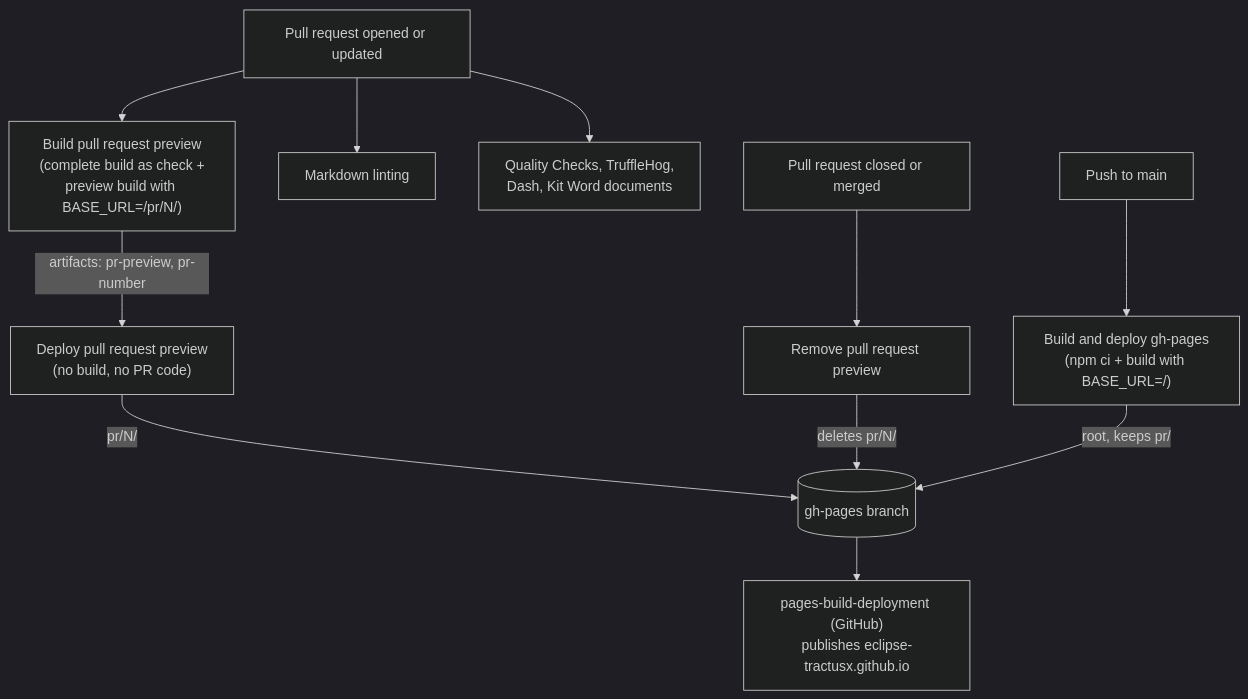
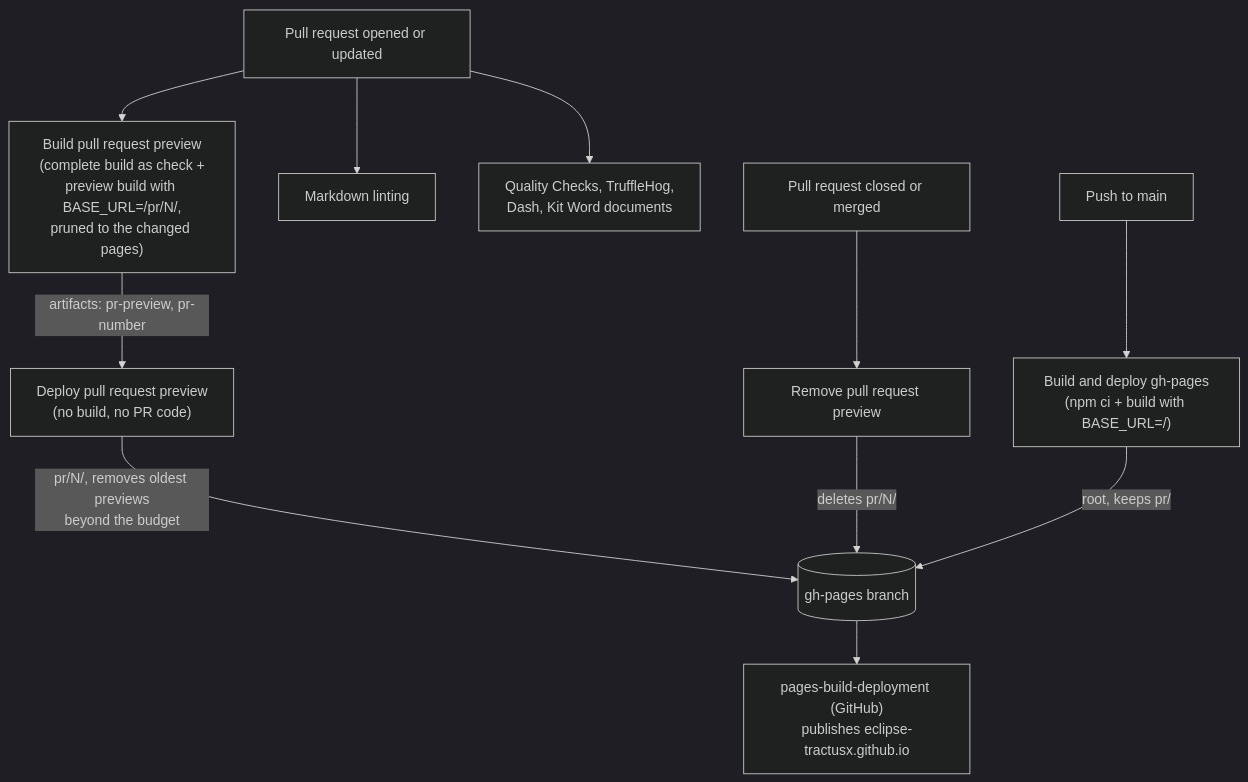
The diagram in .github/workflows/README.md (eclipse-tractusx/eclipse-tractusx.github.io), drawn with Mermaid (dark theme) before and after one commit. The commit also changed other lines of this file and 7 other files, not shown here.

First line of the commit message:
ci: publish only the changed pages in pull request previews

````diff
--- a/.github/workflows/README.md
+++ b/.github/workflows/README.md
@@ -27,13 +27,13 @@
 ```mermaid
 flowchart TD
-    PR["Pull request opened or updated"] --> BUILD["Build pull request preview<br/>(complete build as check +<br/>preview build with BASE_URL=/pr/N/)"]
+    PR["Pull request opened or updated"] --> BUILD["Build pull request preview<br/>(complete build as check +<br/>preview build with BASE_URL=/pr/N/,<br/>pruned to the changed pages)"]
     PR --> LINT["Markdown linting"]
     PR --> CHECKS["Quality Checks, TruffleHog,<br/>Dash, Kit Word documents"]
     BUILD -- "artifacts: pr-preview, pr-number" --> DEPLOY["Deploy pull request preview<br/>(no build, no PR code)"]
-    DEPLOY -- "pr/N/" --> GHP[("gh-pages branch")]
+    DEPLOY -- "pr/N/, removes oldest previews<br/>beyond the budget" --> GHP[("gh-pages branch")]
     CLOSE["Pull request closed or merged"] --> CLEAN["Remove pull request preview"]
     CLEAN -- "deletes pr/N/" --> GHP
     MERGE["Push to main"] --> PROD["Build and deploy gh-pages<br/>(npm ci + build with BASE_URL=/)"]
     PROD -- "root, keeps pr/" --> GHP
     GHP --> PAGES["pages-build-deployment (GitHub)<br/>publishes eclipse-tractusx.github.io"]
 ```
````
